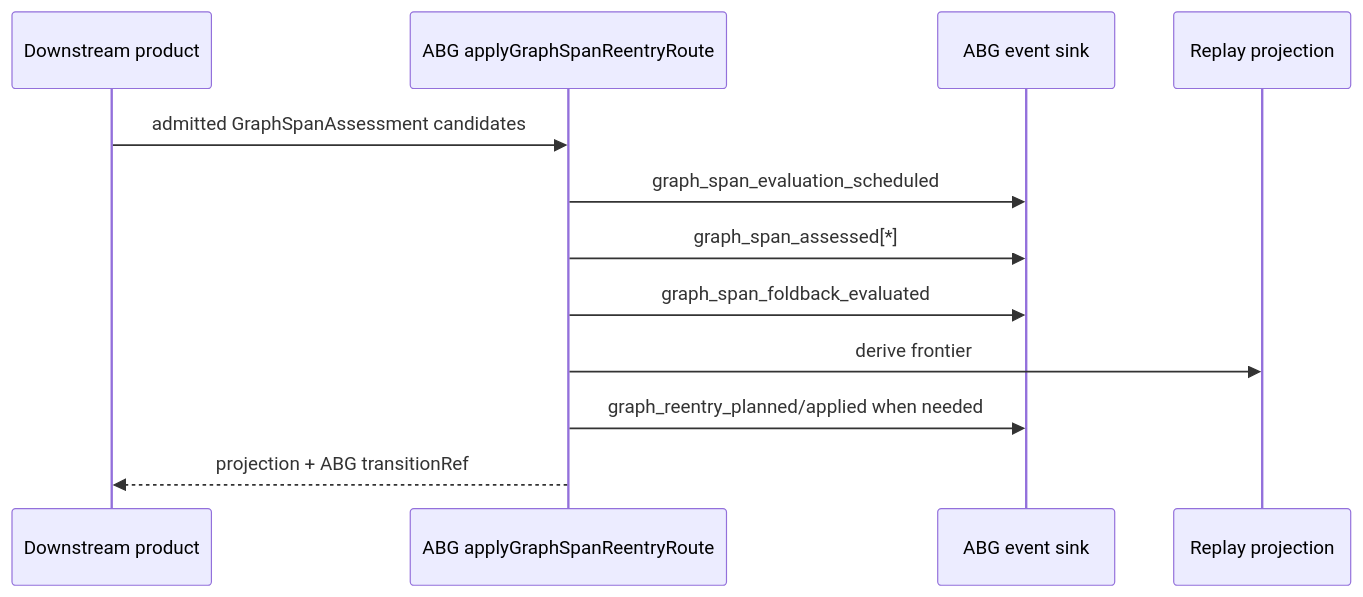
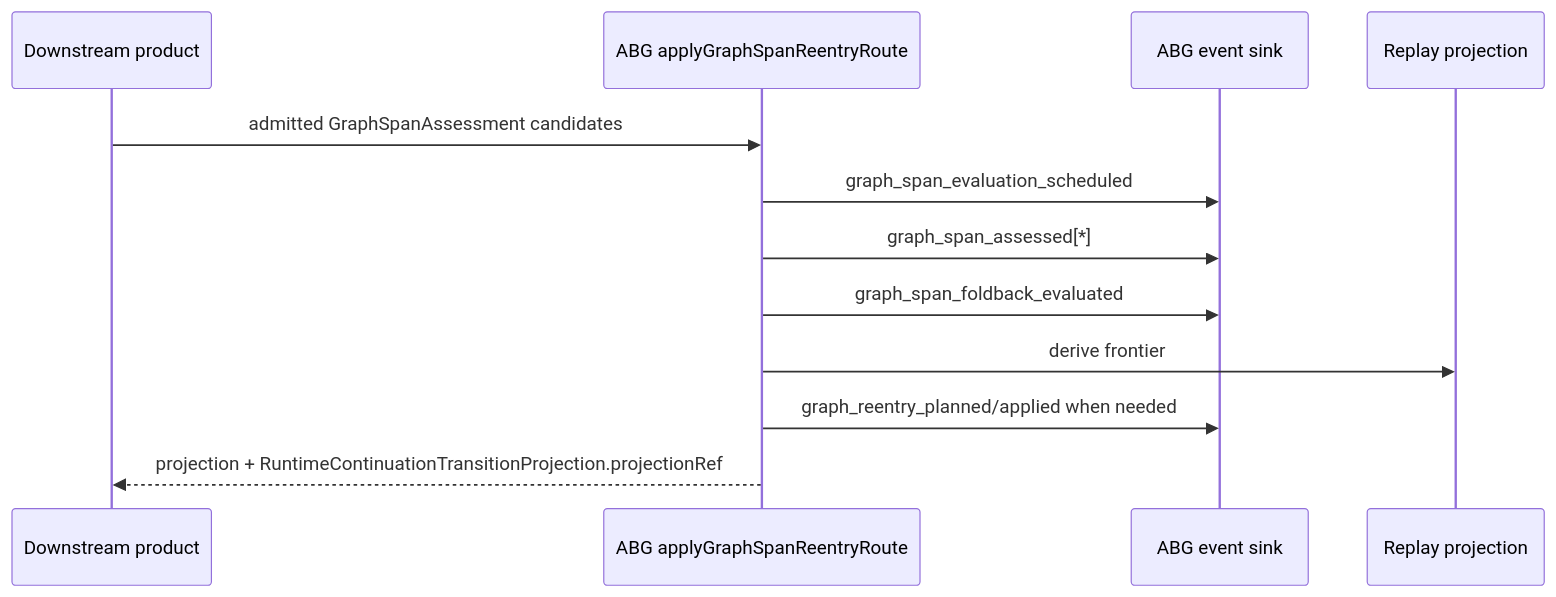
One commit to foolishimp/abiogenesis changed the tenth of 10 diagrams in build_tenants/abiogenesis/typescript/design/M03_GRAPH_SPAN_FOLDBACK_REENTRY_DERIVATION.md. Above: the diagram before and after it, drawn with Mermaid. The commit also changed other lines of this file and 7 other files, not shown here.

````diff
--- a/build_tenants/abiogenesis/typescript/design/M03_GRAPH_SPAN_FOLDBACK_REENTRY_DERIVATION.md
+++ b/build_tenants/abiogenesis/typescript/design/M03_GRAPH_SPAN_FOLDBACK_REENTRY_DERIVATION.md
@@ -1080,15 +1081,15 @@
 ```mermaid
 sequenceDiagram
   participant Product as Downstream product
   participant Route as ABG applyGraphSpanReentryRoute
   participant Events as ABG event sink
   participant Replay as Replay projection
 
   Product->>Route: admitted GraphSpanAssessment candidates
   Route->>Events: graph_span_evaluation_scheduled
   Route->>Events: graph_span_assessed[*]
   Route->>Events: graph_span_foldback_evaluated
   Route->>Replay: derive frontier
   Route->>Events: graph_reentry_planned/applied when needed
-  Route-->>Product: projection + ABG transitionRef
+  Route-->>Product: projection + RuntimeContinuationTransitionProjection.projectionRef
 ```
````
